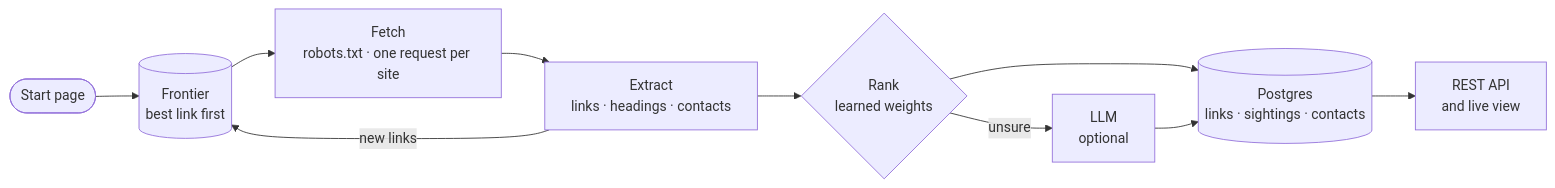
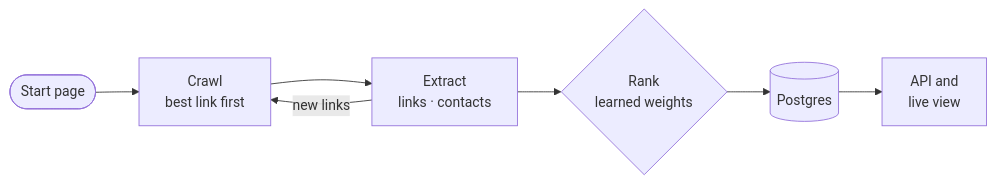
One commit to igalk1515/FiscalScout changed the diagram in README.md. Above: the diagram before and after it, drawn with Mermaid. The commit also changed other lines of this file, not shown here.

Commit message:
README: grid for the features, a smaller diagram, table headers

````diff
--- a/README.md
+++ b/README.md
@@ -52,12 +51,9 @@
 ```mermaid
 flowchart LR
-    seed([Start page]) --> queue[(Frontier<br/>best link first)]
-    queue --> fetch[Fetch<br/>robots.txt · one request per site]
-    fetch --> extract[Extract<br/>links · headings · contacts]
-    extract -- new links --> queue
+    seed([Start page]) --> crawl[Crawl<br/>best link first]
+    crawl --> extract[Extract<br/>links · contacts]
+    extract -- new links --> crawl
     extract --> rank{Rank<br/>learned weights}
-    rank -- unsure --> llm[LLM<br/>optional]
-    rank --> store[(Postgres<br/>links · sightings · contacts)]
-    llm --> store
-    store --> api[REST API<br/>and live view]
+    rank --> store[(Postgres)]
+    store --> api[API and<br/>live view]
 ```
````
